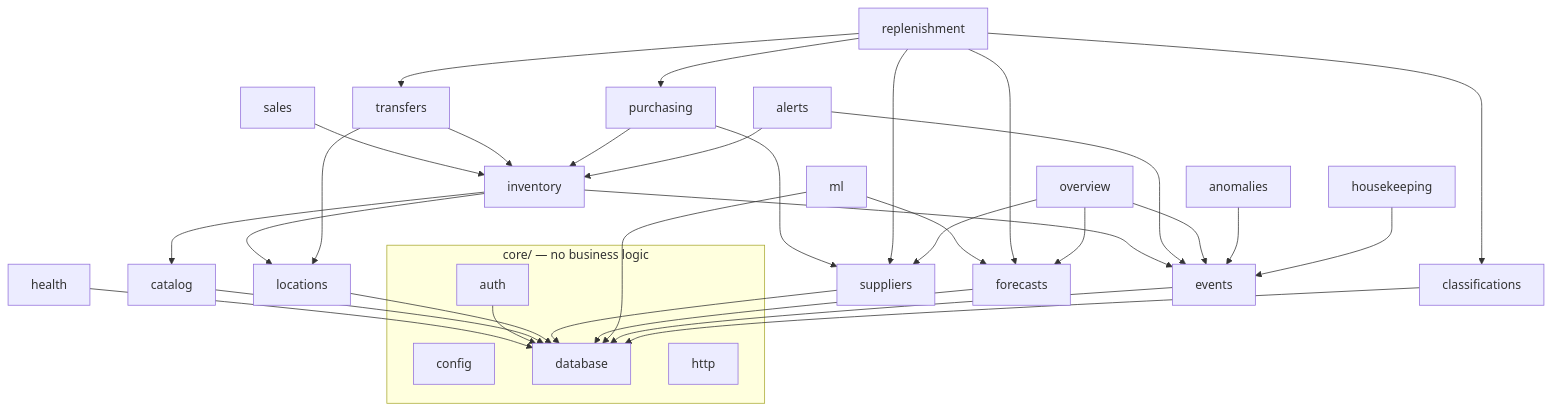
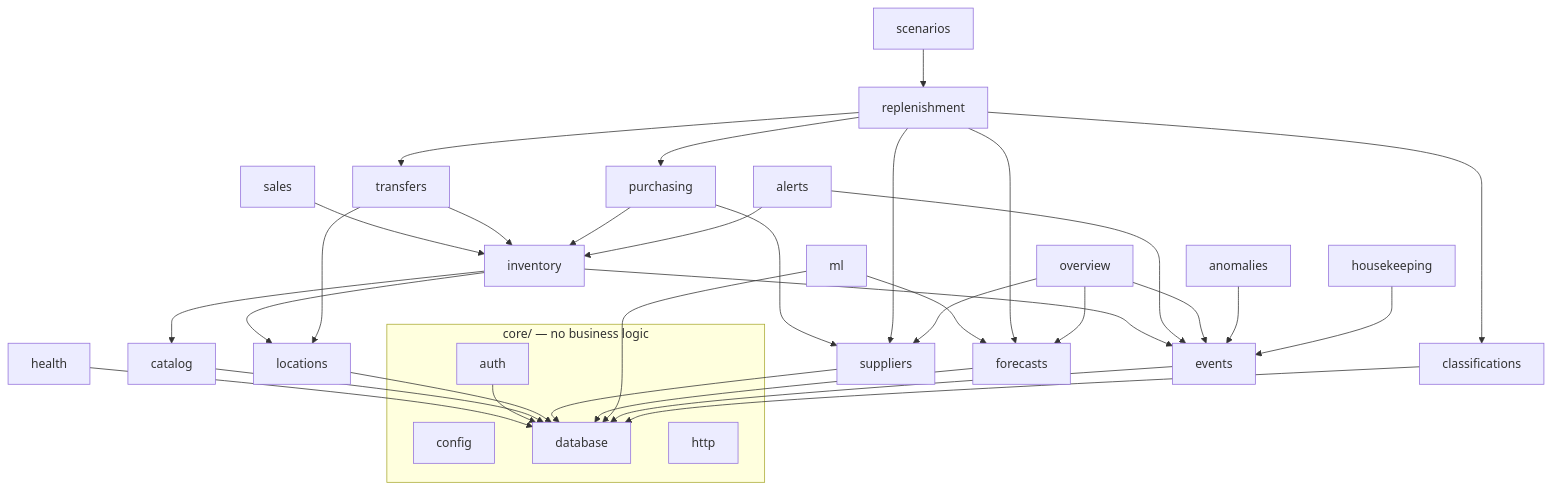
Before and after one commit to Hirockpaul/RetailPulse: the second of 6 diagrams in docs/ARCHITECTURE.md, drawn with Mermaid. The commit also changed other lines of this file and 14 other files, not shown here.

````diff
--- a/docs/ARCHITECTURE.md
+++ b/docs/ARCHITECTURE.md
@@ -69,24 +69,25 @@
 ```mermaid
 flowchart TB
   subgraph core[core/ — no business logic]
     config & database & http & auth
   end
   health --> database
   auth --> database
   catalog --> database
   locations --> database
   inventory --> catalog & locations & events
   sales --> inventory
   transfers --> inventory & locations
   purchasing --> inventory & suppliers
   suppliers --> database
   forecasts --> database
   ml --> database & forecasts
   replenishment --> forecasts & purchasing & transfers & suppliers & classifications
+  scenarios --> replenishment
   events --> database
   alerts --> events & inventory
   overview --> forecasts & events & suppliers
   anomalies --> events
   classifications --> database
   housekeeping --> events
 ```
````
